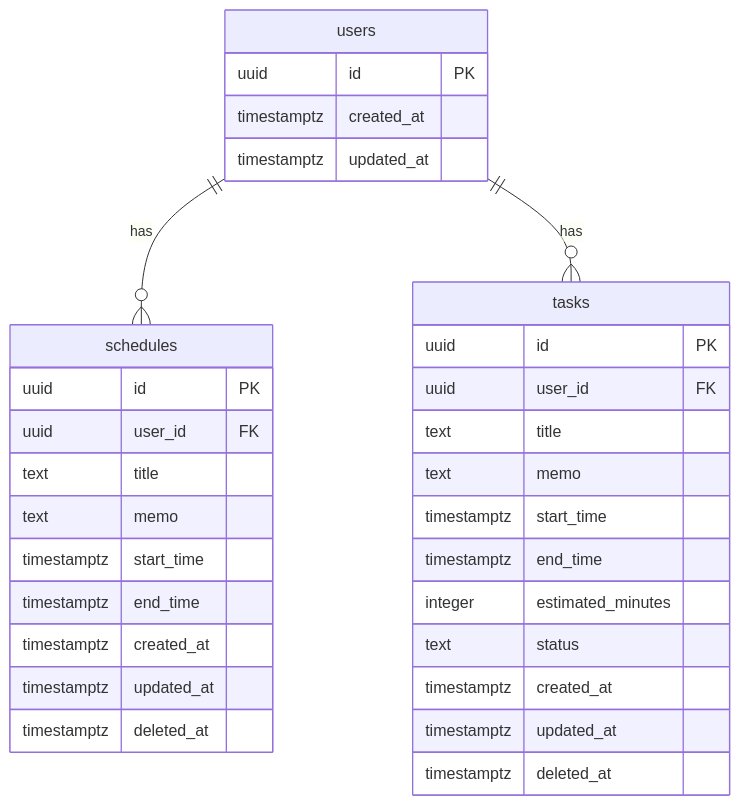
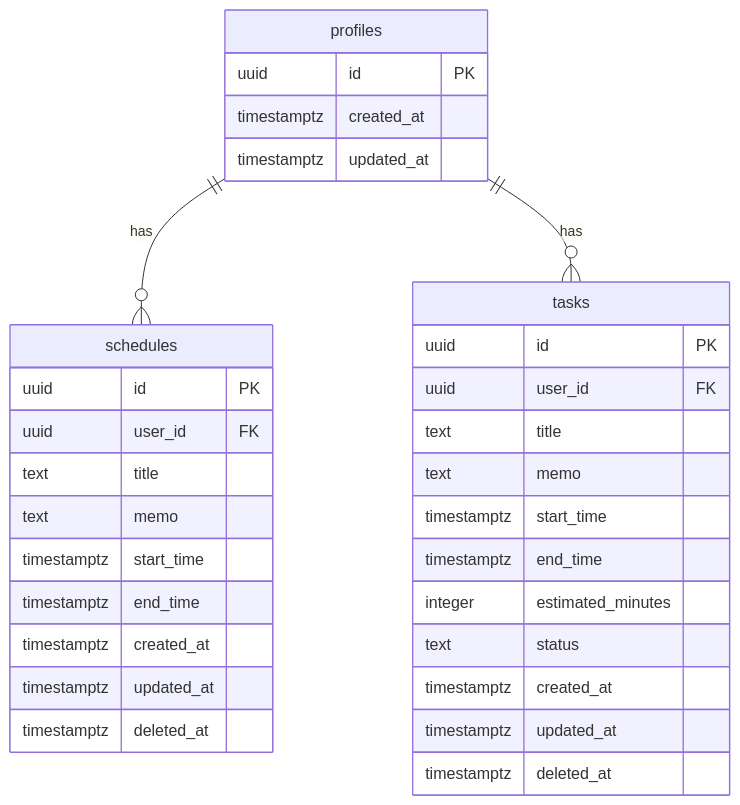
One commit to jino-code/timebox changed the diagram in docs/erd.md. Above: the diagram before and after it, drawn with Mermaid. The commit also changed other lines of this file and 14 other files, not shown here.

````diff
--- a/docs/erd.md
+++ b/docs/erd.md
@@ -2,37 +2,37 @@
 ```mermaid
 erDiagram
-    users {
+    profiles {
         uuid id PK
         timestamptz created_at
         timestamptz updated_at
     }
 
     schedules {
         uuid id PK
         uuid user_id FK
         text title
         text memo
         timestamptz start_time
         timestamptz end_time
         timestamptz created_at
         timestamptz updated_at
         timestamptz deleted_at
     }
 
     tasks {
         uuid id PK
         uuid user_id FK
         text title
         text memo
         timestamptz start_time
         timestamptz end_time
         integer estimated_minutes
         text status
         timestamptz created_at
         timestamptz updated_at
         timestamptz deleted_at
     }
 
-    users ||--o{ schedules : "has"
-    users ||--o{ tasks : "has"
+    profiles ||--o{ schedules : "has"
+    profiles ||--o{ tasks : "has"
 ```
````
